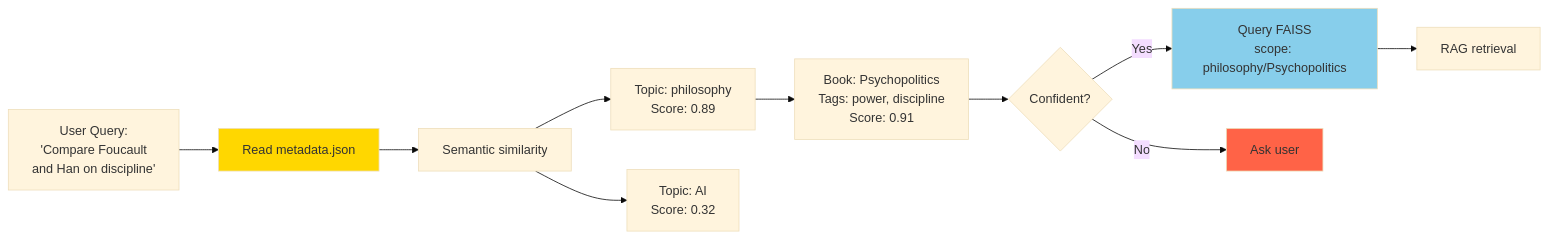
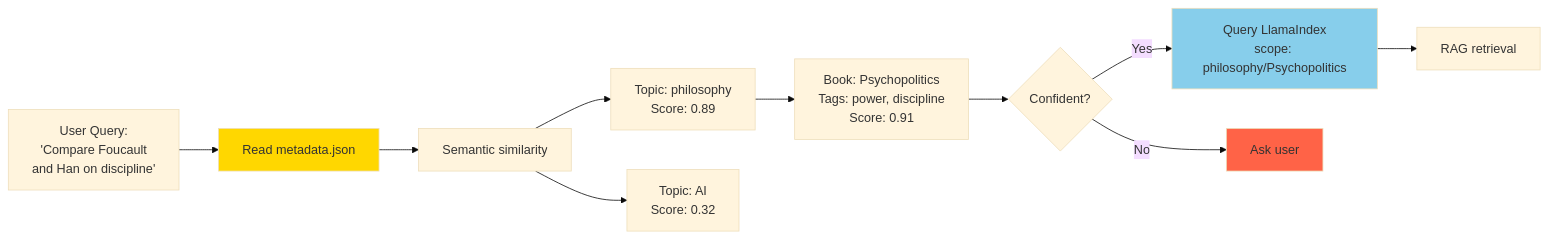
The fourth of 4 diagrams in README.md (nonlinear/librarian), drawn with Mermaid (base theme) before and after one commit. The commit also changed other lines of this file and 45 other files, not shown here.

````diff
--- a/README.md
+++ b/README.md
@@ -183,22 +195,22 @@
 ```mermaid
 graph LR
   Q[User Query:<br/>'Compare Foucault<br/>and Han on discipline'] --> MAP[Read metadata.json]
 
   MAP --> SIM[Semantic similarity]
 
   SIM --> T1[Topic: philosophy<br/>Score: 0.89]
   SIM --> T2[Topic: AI<br/>Score: 0.32]
 
   T1 --> B1[Book: Psychopolitics<br/>Tags: power, discipline<br/>Score: 0.91]
 
   B1 --> DECISION{Confident?}
 
-  DECISION -->|Yes| VEC[Query FAISS<br/>scope: philosophy/Psychopolitics]
+  DECISION -->|Yes| VEC[Query LlamaIndex<br/>scope: philosophy/Psychopolitics]
   DECISION -->|No| ASK[Ask user]
 
   VEC --> RAG[RAG retrieval]
 
   style MAP fill:#FFD700
   style VEC fill:#87CEEB
   style ASK fill:#FF6347
 ```
````
